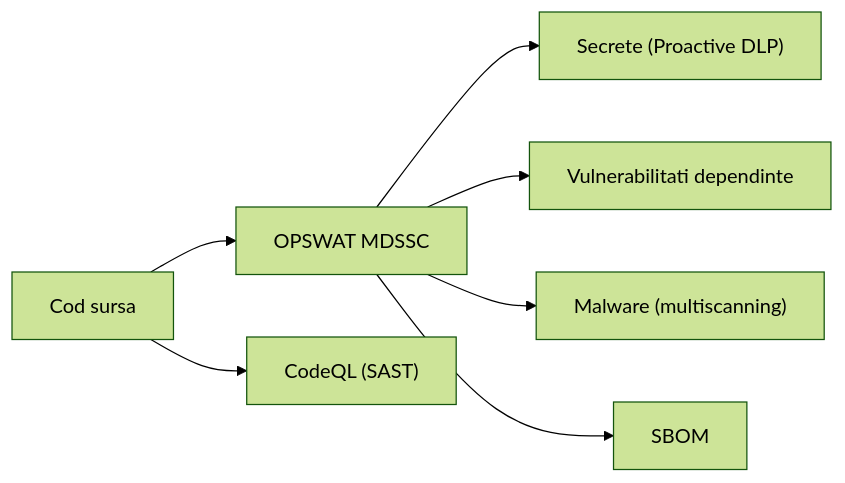
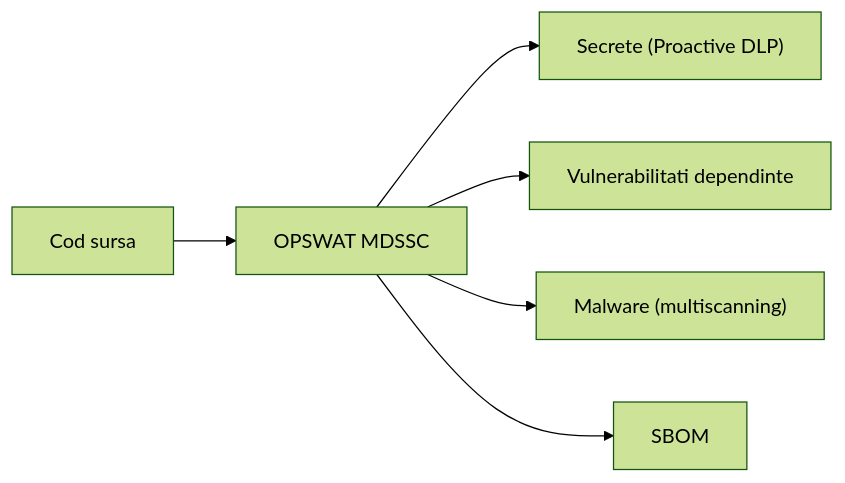
One commit to ioanamhl/mdssc_project changed the second of 2 diagrams in workflows.md. Above: the diagram before and after it, drawn with Mermaid (forest theme). The commit also changed other lines of this file and 4 other files, not shown here.

````diff
--- a/workflows.md
+++ b/workflows.md
@@ -35,9 +51,8 @@
 ```mermaid
 flowchart LR
     code["Cod sursa"] --> mdssc["OPSWAT MDSSC"]
-    code --> codeql["CodeQL (SAST)"]
     mdssc --> sec["Secrete (Proactive DLP)"]
     mdssc --> vuln["Vulnerabilitati dependinte"]
     mdssc --> mal["Malware (multiscanning)"]
     mdssc --> sbom["SBOM"]
 ```
````
